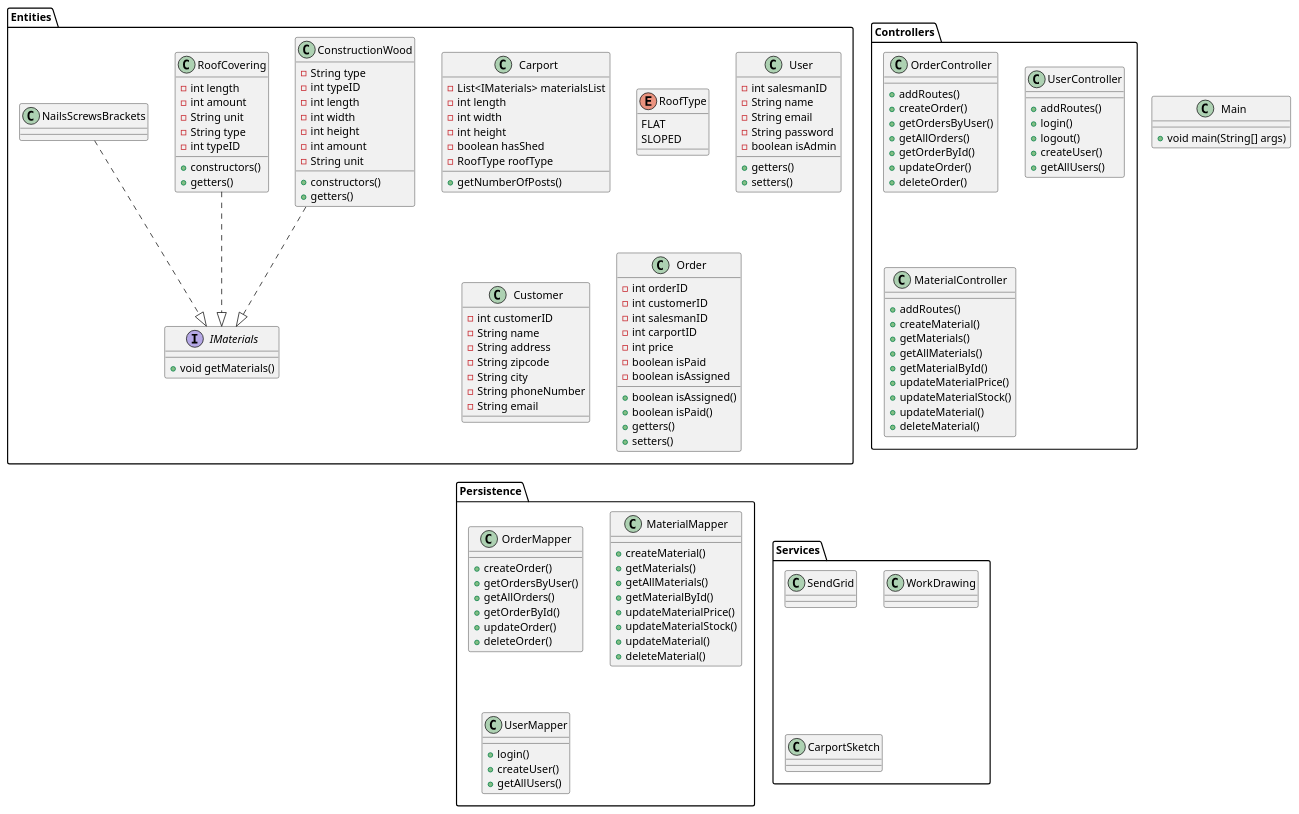
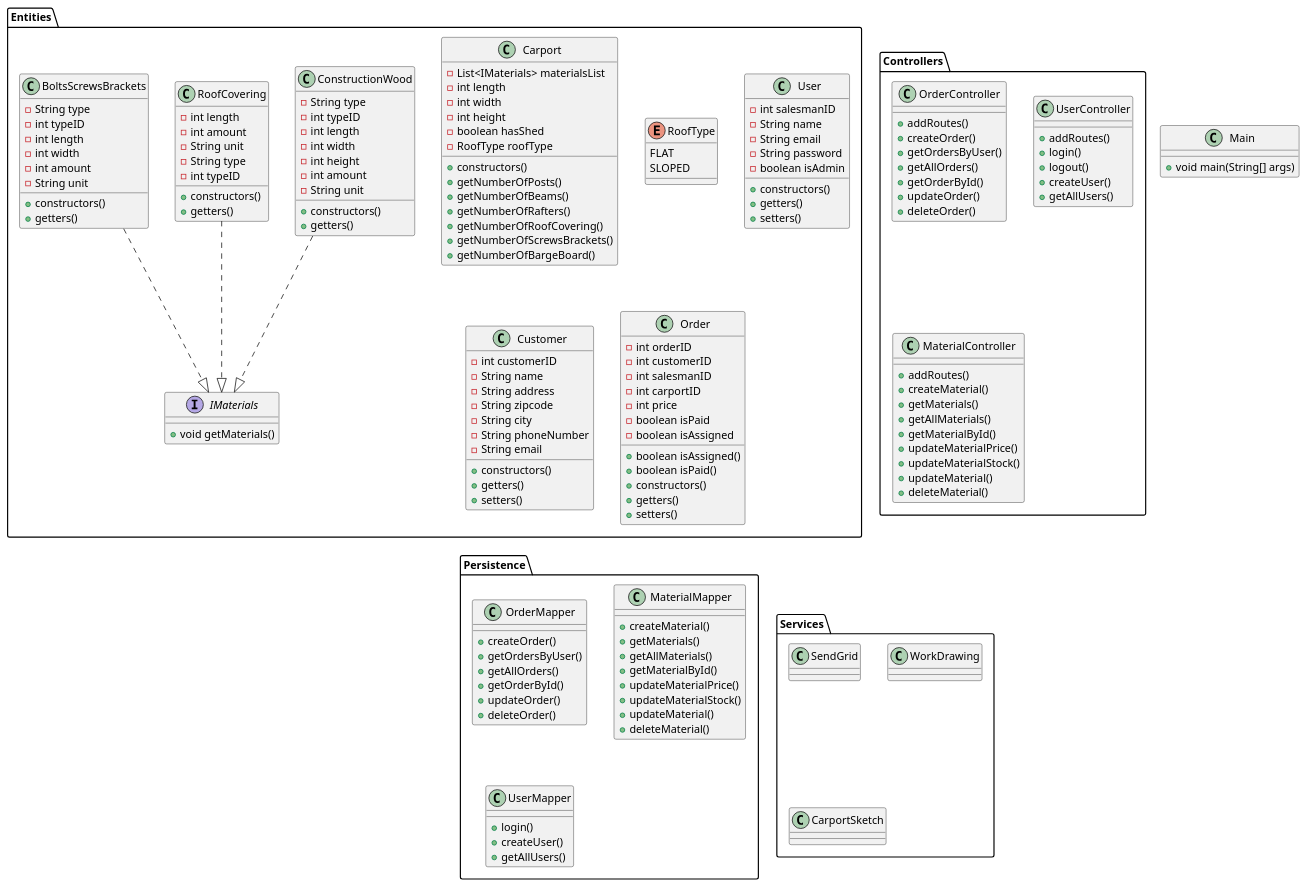
The diagram in docs/ClassDiagram.puml (AndyTheDragon/Fog-projektet), drawn with PlantUML before and after one commit.

Commit message:
Updatede Diagram, filled in more attributes and methods to classes

```diff
--- a/docs/ClassDiagram.puml
+++ b/docs/ClassDiagram.puml
@@ -1,167 +1,187 @@
 @startuml
 'https://plantuml.com/class-diagram
 
 class Main
 {
     + void main(String[] args)
 }
 
 
 package "Entities" {
 interface IMaterials
 {
 + void getMaterials()
 }
 
 class Carport
 {
 - List<IMaterials> materialsList
 -int length
 -int width
 -int height
 -boolean hasShed
 -RoofType roofType
++ constructors()
 + getNumberOfPosts()
++ getNumberOfBeams()
++ getNumberOfRafters()
++ getNumberOfRoofCovering()
++ getNumberOfScrewsBrackets()
++ getNumberOfBargeBoard()
 }
 enum RoofType
 {
     FLAT
     SLOPED
 }
 
 class User
 {
 - int salesmanID
 - String name
 - String email
 - String password
 - boolean isAdmin
++ constructors()
 + getters()
 + setters()
 }
 class Customer
 {
 - int customerID
 - String name
 - String address
 - String zipcode
 - String city
 - String phoneNumber
 - String email
++ constructors()
++ getters()
++ setters()
+
 
 }
 class Order
 {
 - int orderID
 - int customerID
 - int salesmanID
 - int carportID
 - int price
 - boolean isPaid
 - boolean isAssigned
 + boolean isAssigned()
 + boolean isPaid()
++ constructors()
 + getters()
 + setters()
 }
 class ConstructionWood
 {
 - String type
 - int typeID
 - int length
 - int width
 - int height
 - int amount
 - String unit
 + constructors()
 + getters()
 }
 class RoofCovering
 {
 - int length
 - int amount
 - String unit
 - String type
 - int typeID
 + constructors()
 + getters()
 }
-class NailsScrewsBrackets
+class BoltsScrewsBrackets
 {
+- String type
+- int typeID
+- int length
+- int width
+- int amount
+- String unit
++ constructors()
++ getters()
 
 
 }
 }
 package "Controllers" {
     class OrderController
     {
     + addRoutes()
     + createOrder()
     + getOrdersByUser()
     + getAllOrders()
     + getOrderById()
     + updateOrder()
     + deleteOrder()
     }
     class UserController
     {
     + addRoutes()
     + login()
     + logout()
     + createUser()
     + getAllUsers()
     }
     class MaterialController
     {
     + addRoutes()
     + createMaterial()
     + getMaterials()
     + getAllMaterials()
     + getMaterialById()
     + updateMaterialPrice()
     + updateMaterialStock()
     + updateMaterial()
     + deleteMaterial()
    }
 }
 package "Persistence" {
     class OrderMapper
     {
         + createOrder()
         + getOrdersByUser()
         + getAllOrders()
         + getOrderById()
         + updateOrder()
         + deleteOrder()
     }
     class MaterialMapper
     {
         + createMaterial()
         + getMaterials()
         + getAllMaterials()
         + getMaterialById()
         + updateMaterialPrice()
         + updateMaterialStock()
         + updateMaterial()
         + deleteMaterial()
     }
     class UserMapper
     {
         + login()
         + createUser()
         + getAllUsers()
     }
     }
 
 package "Services" {
 class SendGrid{}
 class WorkDrawing{}
 class CarportSketch{}
 }
 
 ConstructionWood ..|> IMaterials
 RoofCovering ..|> IMaterials
-NailsScrewsBrackets ..|> IMaterials
+BoltsScrewsBrackets ..|> IMaterials
 
 
 @enduml
```
